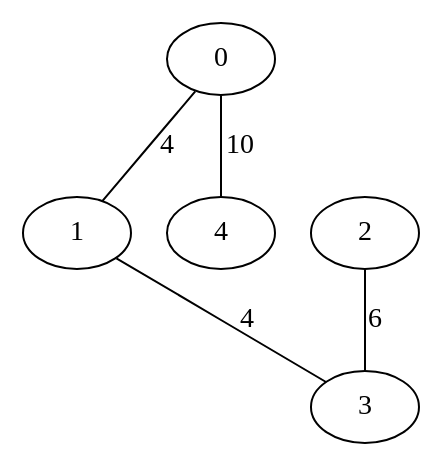
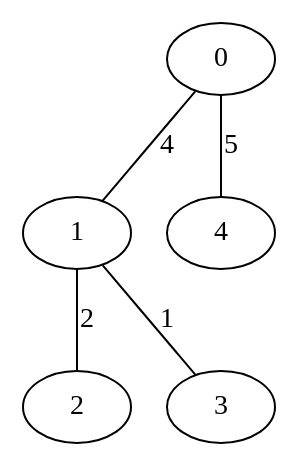
One commit to lucasszanotelli/TPA changed the diagram in grafos/arquivos/arquivo4.dot. Above: the diagram before and after it, drawn with Graphviz. The commit also changed 10 other files, not shown here.

```diff
--- a/grafos/arquivos/arquivo4.dot
+++ b/grafos/arquivos/arquivo4.dot
@@ -1,11 +1,11 @@
 graph G {
     0;
     1;
     2;
     3;
     4;
-    0 -- 4 [label=10, weight=10];
+    0 -- 4 [label=5, weight=5];
     0 -- 1 [label=4, weight=4];
-    1 -- 3 [label=4, weight=4];
-    2 -- 3 [label=6, weight=6];
+    1 -- 2 [label=2, weight=2];
+    1 -- 3 [label=1, weight=1];
 }
```
